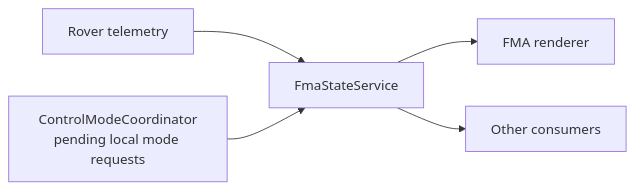
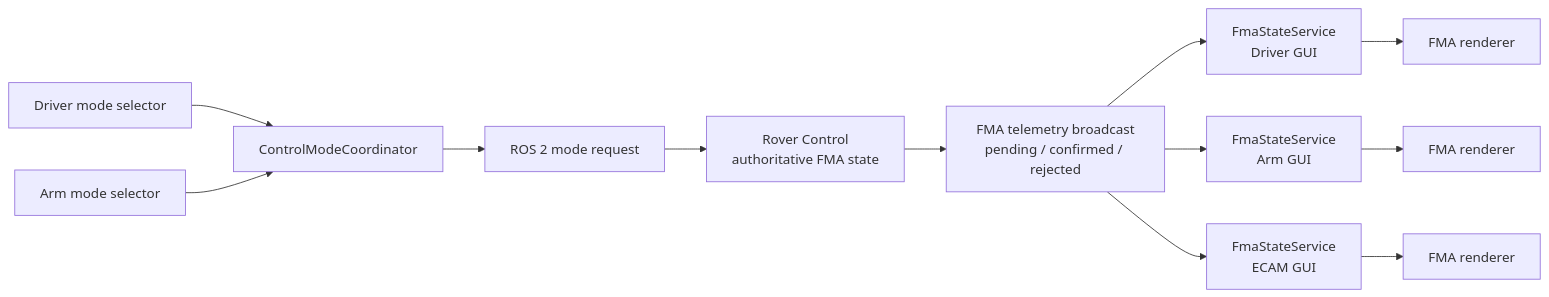
Before and after one commit to deakin-robotics/Chasmata-2027: the second of 2 diagrams in gui/docs/control-modes.md, drawn with Mermaid. The commit also changed other lines of this file and 3 other files, not shown here.

Commit message:
Clarify GUI state and IK documentation flows

````diff
--- a/gui/docs/control-modes.md
+++ b/gui/docs/control-modes.md
@@ -76,7 +78,14 @@
 ```mermaid
 flowchart LR
-    telemetry[Rover telemetry] --> fma[FmaStateService]
-    coordinator[ControlModeCoordinator<br/>pending local mode requests] --> fma
-    fma --> renderer[FMA renderer]
-    fma --> consumers[Other consumers]
+    driver[Driver mode selector] --> coordinator[ControlModeCoordinator]
+    arm[Arm mode selector] --> coordinator
+    coordinator --> request[ROS 2 mode request]
+    request --> rover[Rover Control<br/>authoritative FMA state]
+    rover --> broadcast[FMA telemetry broadcast<br/>pending / confirmed / rejected]
+    broadcast --> browser1[FmaStateService<br/>Driver GUI]
+    broadcast --> browser2[FmaStateService<br/>Arm GUI]
+    broadcast --> browser3[FmaStateService<br/>ECAM GUI]
+    browser1 --> renderer1[FMA renderer]
+    browser2 --> renderer2[FMA renderer]
+    browser3 --> renderer3[FMA renderer]
 ```
````
